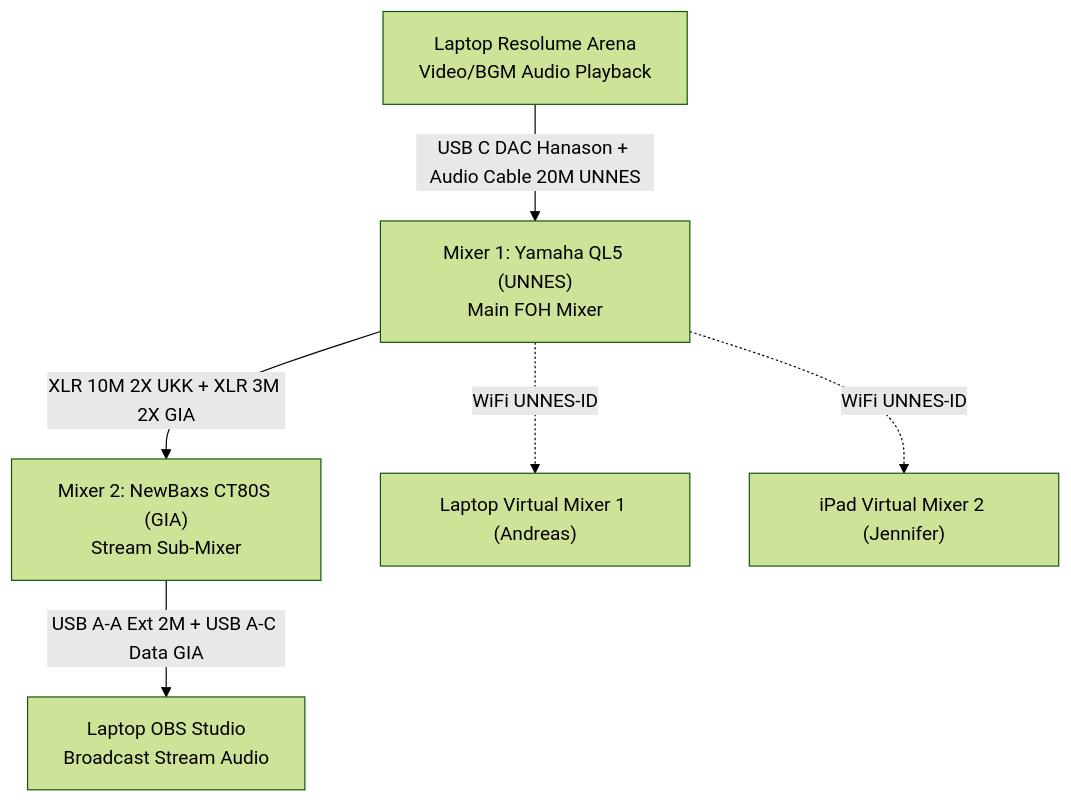
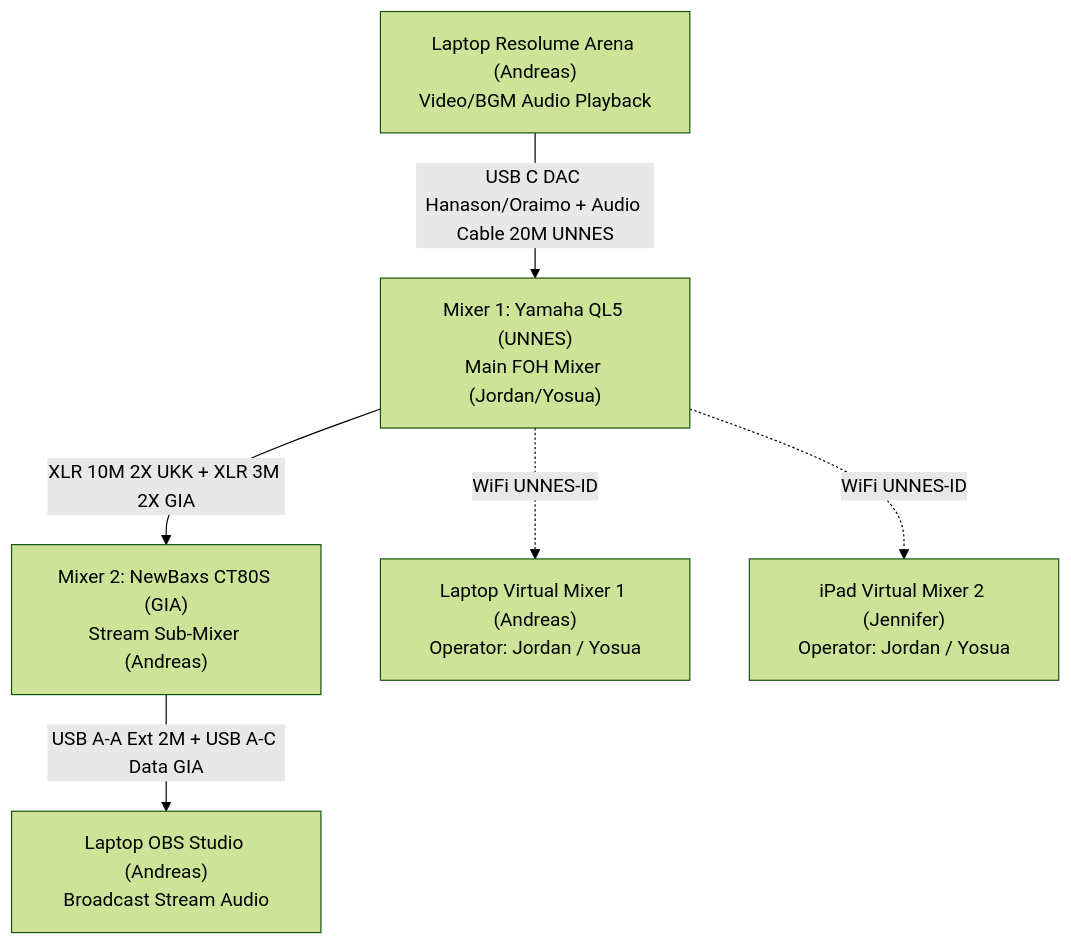
One commit to zzdree/ip26-production changed the fourth of 4 diagrams in README.md. Above: the diagram before and after it, drawn with Mermaid (forest theme). The commit also changed other lines of this file, not shown here.

````diff
--- a/README.md
+++ b/README.md
@@ -209,15 +209,15 @@
 ```mermaid
 flowchart TD
-    YAM["Mixer 1: Yamaha QL5 (UNNES)<br/>Main FOH Mixer"]
-    CT80["Mixer 2: NewBaxs CT80S (GIA)<br/>Stream Sub-Mixer"]
-    OBS_A["Laptop OBS Studio<br/>Broadcast Stream Audio"]
-    RES_A["Laptop Resolume Arena<br/>Video/BGM Audio Playback"]
-    VM1["Laptop Virtual Mixer 1 (Andreas)"]
-    VM2["iPad Virtual Mixer 2 (Jennifer)"]
+    YAM["Mixer 1: Yamaha QL5 (UNNES)<br/>Main FOH Mixer (Jordan/Yosua)"]
+    CT80["Mixer 2: NewBaxs CT80S (GIA)<br/>Stream Sub-Mixer (Andreas)"]
+    OBS_A["Laptop OBS Studio (Andreas)<br/>Broadcast Stream Audio"]
+    RES_A["Laptop Resolume Arena (Andreas)<br/>Video/BGM Audio Playback"]
+    VM1["Laptop Virtual Mixer 1 (Andreas)<br/>Operator: Jordan / Yosua"]
+    VM2["iPad Virtual Mixer 2 (Jennifer)<br/>Operator: Jordan / Yosua"]
 
     YAM -->|XLR 10M 2X UKK + XLR 3M 2X GIA| CT80
     CT80 -->|USB A-A Ext 2M + USB A-C Data GIA| OBS_A
-    RES_A -->|USB C DAC Hanason + Audio Cable 20M UNNES| YAM
+    RES_A -->|USB C DAC Hanason/Oraimo + Audio Cable 20M UNNES| YAM
     YAM -. WiFi UNNES-ID .-> VM1
     YAM -. WiFi UNNES-ID .-> VM2
 ```
````
